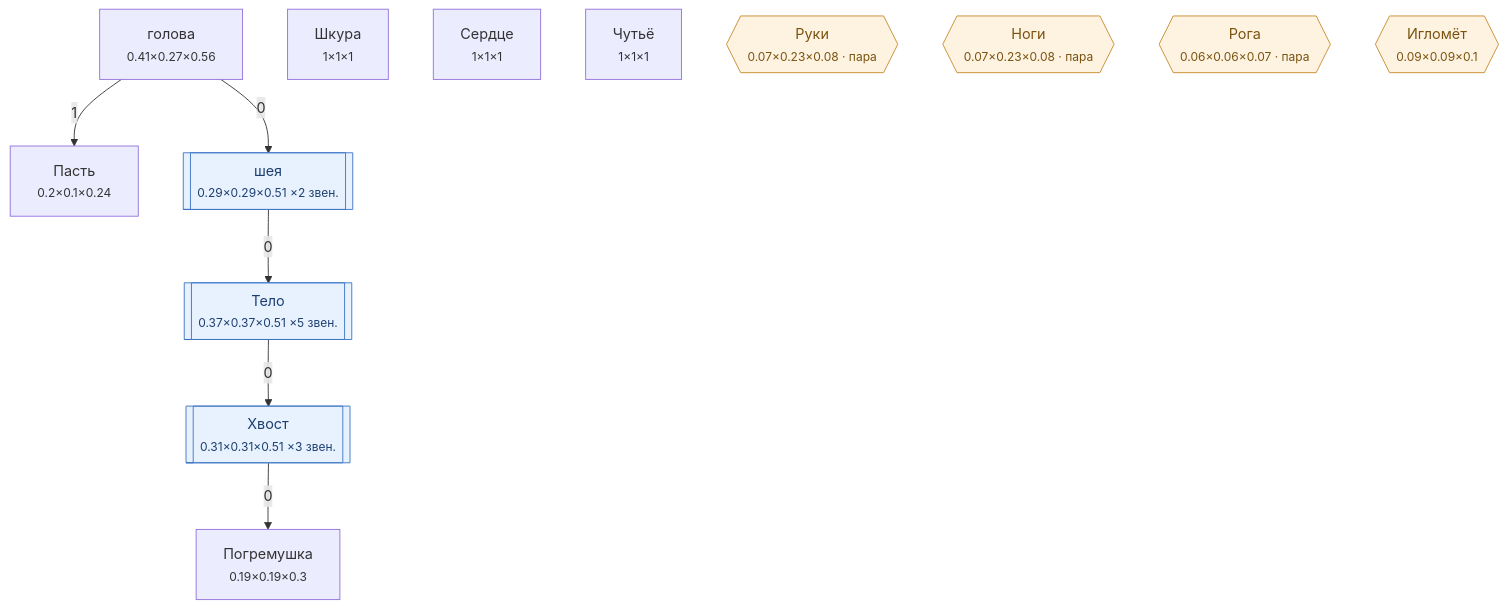
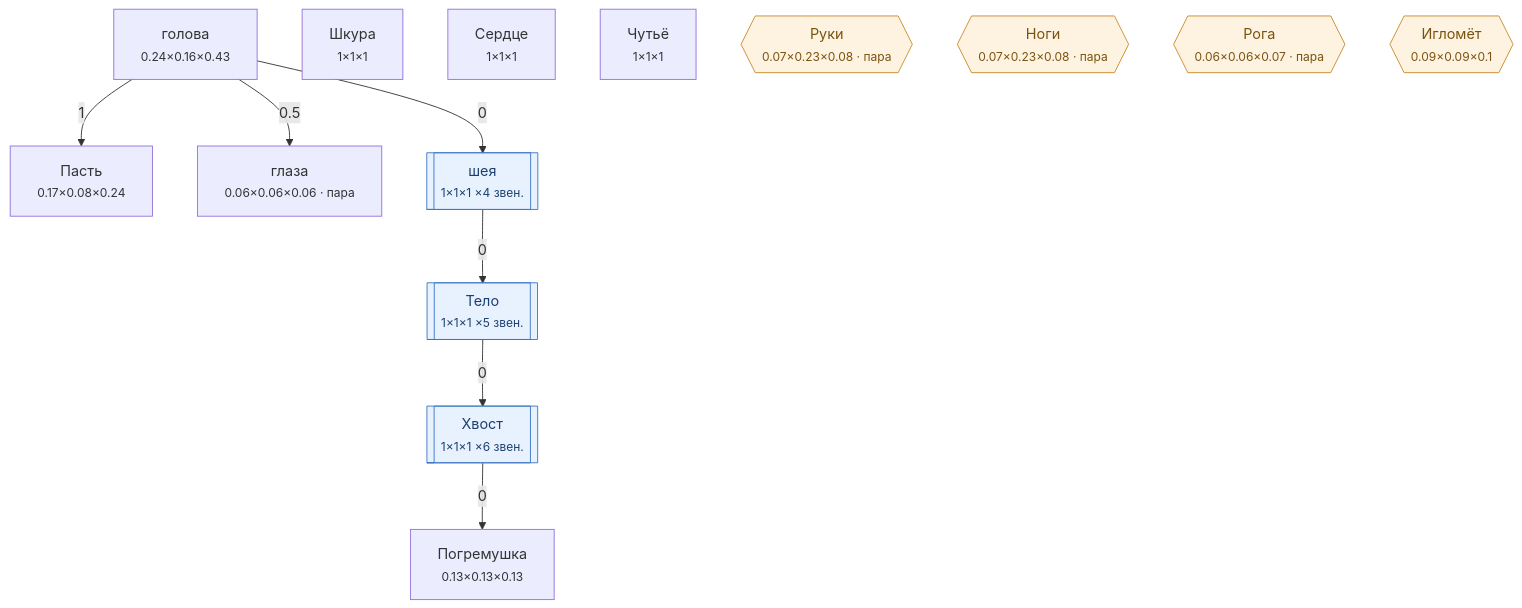
Before and after one commit to darklordshish/ChimeraEvolution-2026-06-26_15-29-59: the diagram in Docs/Диаграммы/Змея.md, drawn with Mermaid. The commit also changed other lines of this file and 23 other files, not shown here.

````diff
--- a/Docs/Диаграммы/Змея.md
+++ b/Docs/Диаграммы/Змея.md
@@ -21,28 +22,30 @@
 ```mermaid
 flowchart TD
-    n0["голова<br/><small>0.41×0.27×0.56</small>"]
-    n1["Пасть<br/><small>0.2×0.1×0.24</small>"]
-    n2[["шея<br/><small>0.29×0.29×0.51 ×2 звен.</small>"]]
-    n3[["Тело<br/><small>0.37×0.37×0.51 ×5 звен.</small>"]]
-    n4[["Хвост<br/><small>0.31×0.31×0.51 ×3 звен.</small>"]]
-    n5["Погремушка<br/><small>0.19×0.19×0.3</small>"]
-    n6["Шкура<br/><small>1×1×1</small>"]
-    n7["Сердце<br/><small>1×1×1</small>"]
-    n8["Чутьё<br/><small>1×1×1</small>"]
-    n9{{"Руки<br/><small>0.07×0.23×0.08 · пара</small>"}}
-    n10{{"Ноги<br/><small>0.07×0.23×0.08 · пара</small>"}}
-    n11{{"Рога<br/><small>0.06×0.06×0.07 · пара</small>"}}
-    n12{{"Игломёт<br/><small>0.09×0.09×0.1</small>"}}
+    n0["голова<br/><small>0.24×0.16×0.43</small>"]
+    n1["Пасть<br/><small>0.17×0.08×0.24</small>"]
+    n2["глаза<br/><small>0.06×0.06×0.06 · пара</small>"]
+    n3[["шея<br/><small>1×1×1 ×4 звен.</small>"]]
+    n4[["Тело<br/><small>1×1×1 ×5 звен.</small>"]]
+    n5[["Хвост<br/><small>1×1×1 ×6 звен.</small>"]]
+    n6["Погремушка<br/><small>0.13×0.13×0.13</small>"]
+    n7["Шкура<br/><small>1×1×1</small>"]
+    n8["Сердце<br/><small>1×1×1</small>"]
+    n9["Чутьё<br/><small>1×1×1</small>"]
+    n10{{"Руки<br/><small>0.07×0.23×0.08 · пара</small>"}}
+    n11{{"Ноги<br/><small>0.07×0.23×0.08 · пара</small>"}}
+    n12{{"Рога<br/><small>0.06×0.06×0.07 · пара</small>"}}
+    n13{{"Игломёт<br/><small>0.09×0.09×0.1</small>"}}
 
     n0 -->|1| n1
-    n0 -->|0| n2
-    n2 -->|0| n3
+    n0 -->|0.5| n2
+    n0 -->|0| n3
     n3 -->|0| n4
     n4 -->|0| n5
+    n5 -->|0| n6
 
     classDef hid fill:#eee,stroke:#999,stroke-dasharray:4 3,color:#666
     classDef gr fill:#fdf3e0,stroke:#c98a2b,color:#7a5310
     classDef ch fill:#e8f2ff,stroke:#3b74c4,color:#1c3f70
-    class n9,n10,n11,n12 gr
-    class n2,n3,n4 ch
+    class n10,n11,n12,n13 gr
+    class n3,n4,n5 ch
 ```
````
